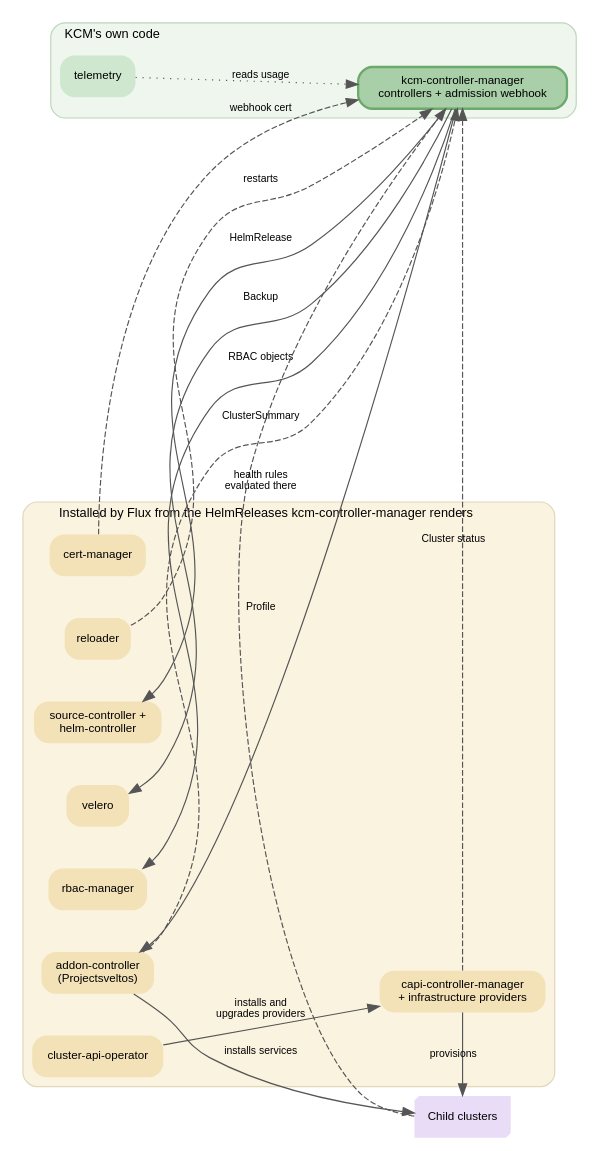
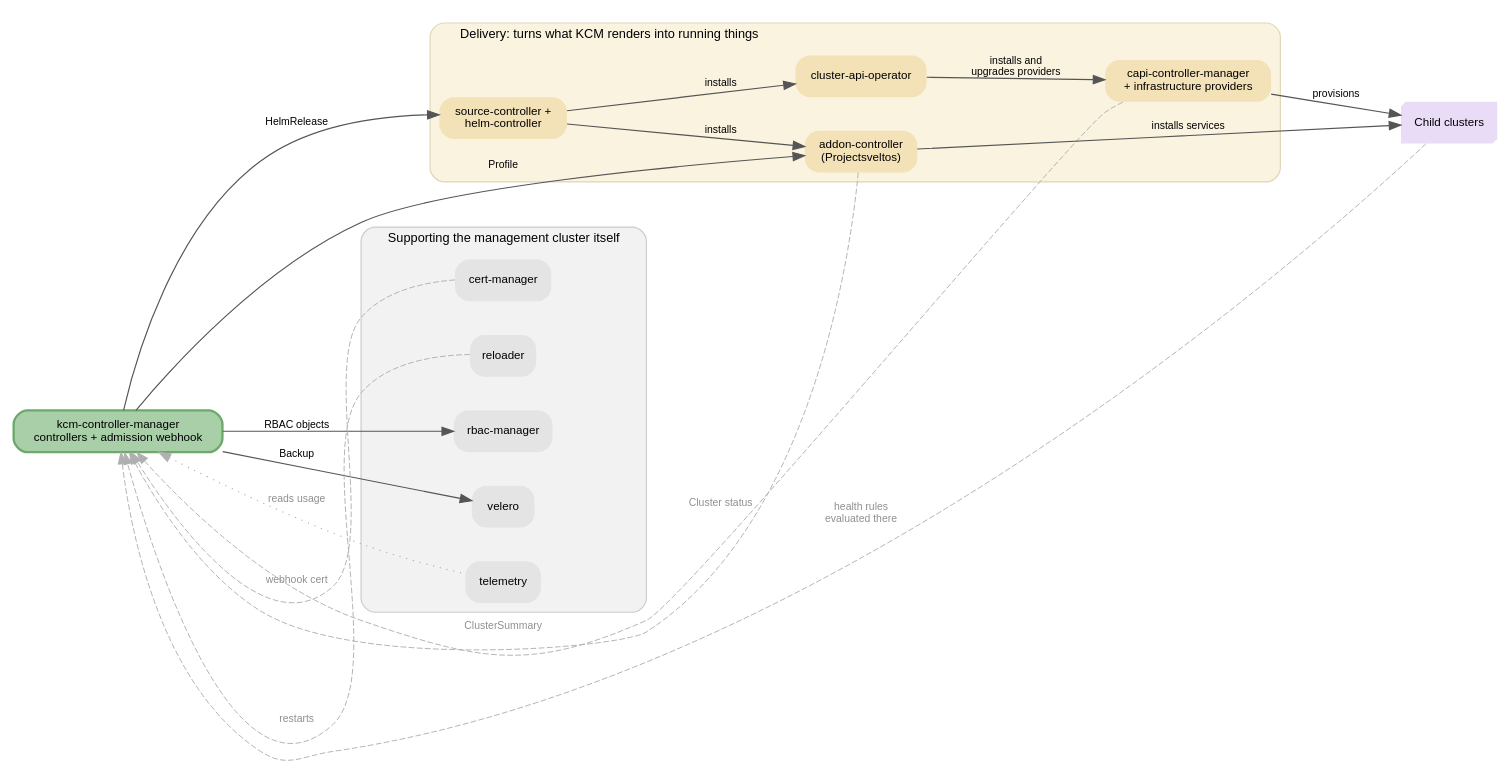
Before and after one commit to josef-hak/kcm: the diagram in docs/architecture.dot, drawn with Graphviz. The commit also changed 2 other files, not shown here.

Commit message:
docs: group the diagram by role, not by who installed what
Provenance put cert-manager next to the addon-controller, which share
nothing. Grouping by what each workload does gives a delivery path that
reads left to right, with the workloads that only support the management
cluster off it, and the status that comes back drawn faint.

```diff
--- a/docs/architecture.dot
+++ b/docs/architecture.dot
@@ -1,67 +1,66 @@
 // Workloads in the management cluster and how they interact. Render with:
 //   dot -Tsvg docs/architecture.dot -o docs/architecture.svg
 //
+// Grouped by what each does, not by who installed it: the delivery path runs
+// left to right, and the workloads that only support it sit underneath.
+//
 // Solid edges are "acts on": A -> B means A writes objects B acts on.
 // Dashed edges are what comes back -- the status KCM waits on.
-//
-// The installation relationship is in the box label rather than as arrows:
-// Flux installs all of them the same way, and seven identical edges would
-// crowd out the interactions that actually differ.
 
 digraph kcm {
   rankdir=LR;
-  nodesep=0.5;
-  ranksep=1.1;
+  nodesep=0.4;
+  ranksep=0.9;
   fontname="Helvetica";
   node [fontname="Helvetica", fontsize=10, shape=box, style="rounded,filled", color="#00000000"];
   edge [fontname="Helvetica", fontsize=9, color="#555555"];
 
-  subgraph cluster_own {
-    label="KCM's own code";
-    labeljust="l"; fontsize=11;
-    style="rounded,filled"; fillcolor="#eef6ee"; color="#bcd6bc";
+  KCM [fillcolor="#a8cfa8", penwidth=2, color="#6da86d",
+       label="kcm-controller-manager\ncontrollers + admission webhook"];
 
-    KCM [fillcolor="#a8cfa8", penwidth=2, color="#6da86d",
-         label="kcm-controller-manager\ncontrollers + admission webhook"];
-    Telemetry [fillcolor="#cfe6cf", label="telemetry"];
-  }
-
-  subgraph cluster_installed {
-    label="Installed by Flux from the HelmReleases kcm-controller-manager renders";
+  subgraph cluster_delivery {
+    label="Delivery: turns what KCM renders into running things";
     labeljust="l"; fontsize=11;
     style="rounded,filled"; fillcolor="#faf3e0"; color="#e0d6b8";
 
     Flux    [fillcolor="#f3e2b8", label="source-controller +\nhelm-controller"];
     CAPIOp  [fillcolor="#f3e2b8", label="cluster-api-operator"];
     CAPI    [fillcolor="#f3e2b8", label="capi-controller-manager\n+ infrastructure providers"];
     Sveltos [fillcolor="#f3e2b8", label="addon-controller\n(Projectsveltos)"];
-    Velero  [fillcolor="#f3e2b8", label="velero"];
-    CertMgr [fillcolor="#f3e2b8", label="cert-manager"];
-    RBACMgr [fillcolor="#f3e2b8", label="rbac-manager"];
-    Reloader[fillcolor="#f3e2b8", label="reloader"];
+  }
+
+  subgraph cluster_support {
+    label="Supporting the management cluster itself";
+    labeljust="l"; fontsize=11;
+    style="rounded,filled"; fillcolor="#f2f2f2"; color="#cccccc";
+
+    CertMgr  [fillcolor="#e4e4e4", label="cert-manager"];
+    Reloader [fillcolor="#e4e4e4", label="reloader"];
+    RBACMgr  [fillcolor="#e4e4e4", label="rbac-manager"];
+    Velero   [fillcolor="#e4e4e4", label="velero"];
+    Telemetry[fillcolor="#e4e4e4", label="telemetry"];
   }
 
   Child [fillcolor="#e8dcf7", shape=box3d, label="Child clusters"];
 
-  // what KCM writes
-  KCM -> Flux    [label="HelmRelease"];
-  KCM -> Sveltos [label="Profile"];
-  KCM -> Velero  [label="Backup"];
-  KCM -> RBACMgr [label="RBAC objects"];
+  // the delivery path
+  KCM  -> Flux    [label="HelmRelease"];
+  Flux -> CAPIOp  [label="installs"];
+  Flux -> Sveltos [label="installs"];
+  CAPIOp -> CAPI  [label="installs and\nupgrades providers"];
+  KCM  -> Sveltos [label="Profile"];
+  CAPI -> Child   [label="provisions"];
+  Sveltos -> Child[label="installs services"];
 
   // what comes back
-  Sveltos  -> KCM [style=dashed, label="ClusterSummary"];
-  CAPI     -> KCM [style=dashed, label="Cluster status"];
-  CertMgr  -> KCM [style=dashed, label="webhook cert"];
-  Reloader -> KCM [style=dashed, label="restarts"];
+  CAPI    -> KCM [style=dashed, constraint=false, color="#b0b0b0", fontcolor="#909090", penwidth=0.8, label="Cluster status"];
+  Sveltos -> KCM [style=dashed, constraint=false, color="#b0b0b0", fontcolor="#909090", penwidth=0.8, label="ClusterSummary"];
+  Child   -> KCM [style=dashed, constraint=false, color="#b0b0b0", fontcolor="#909090", penwidth=0.8, label="health rules\nevaluated there"];
 
-  // between the installed components
-  CAPIOp -> CAPI [label="installs and\nupgrades providers"];
-
-  // out to the child clusters
-  CAPI    -> Child [label="provisions"];
-  Sveltos -> Child [label="installs services"];
-  Child   -> KCM   [style=dashed, label="health rules\nevaluated there"];
-
-  Telemetry -> KCM [style=dotted, label="reads usage"];
+  // supporting workloads
+  KCM -> Velero   [label="Backup"];
+  KCM -> RBACMgr  [label="RBAC objects"];
+  CertMgr  -> KCM [style=dashed, constraint=false, color="#b0b0b0", fontcolor="#909090", penwidth=0.8, label="webhook cert"];
+  Reloader -> KCM [style=dashed, constraint=false, color="#b0b0b0", fontcolor="#909090", penwidth=0.8, label="restarts"];
+  KCM -> Telemetry[style=dotted, dir=back, color="#b0b0b0", fontcolor="#909090", label="reads usage"];
 }
```
